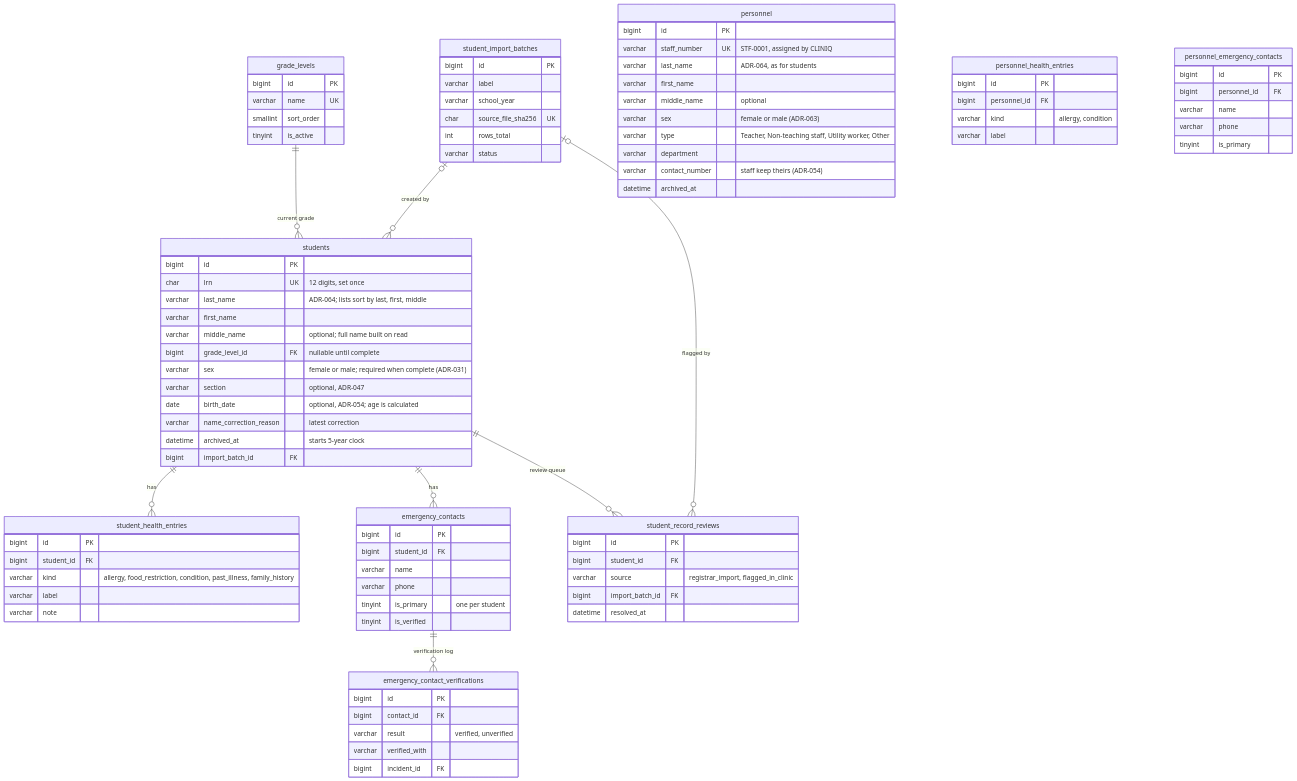
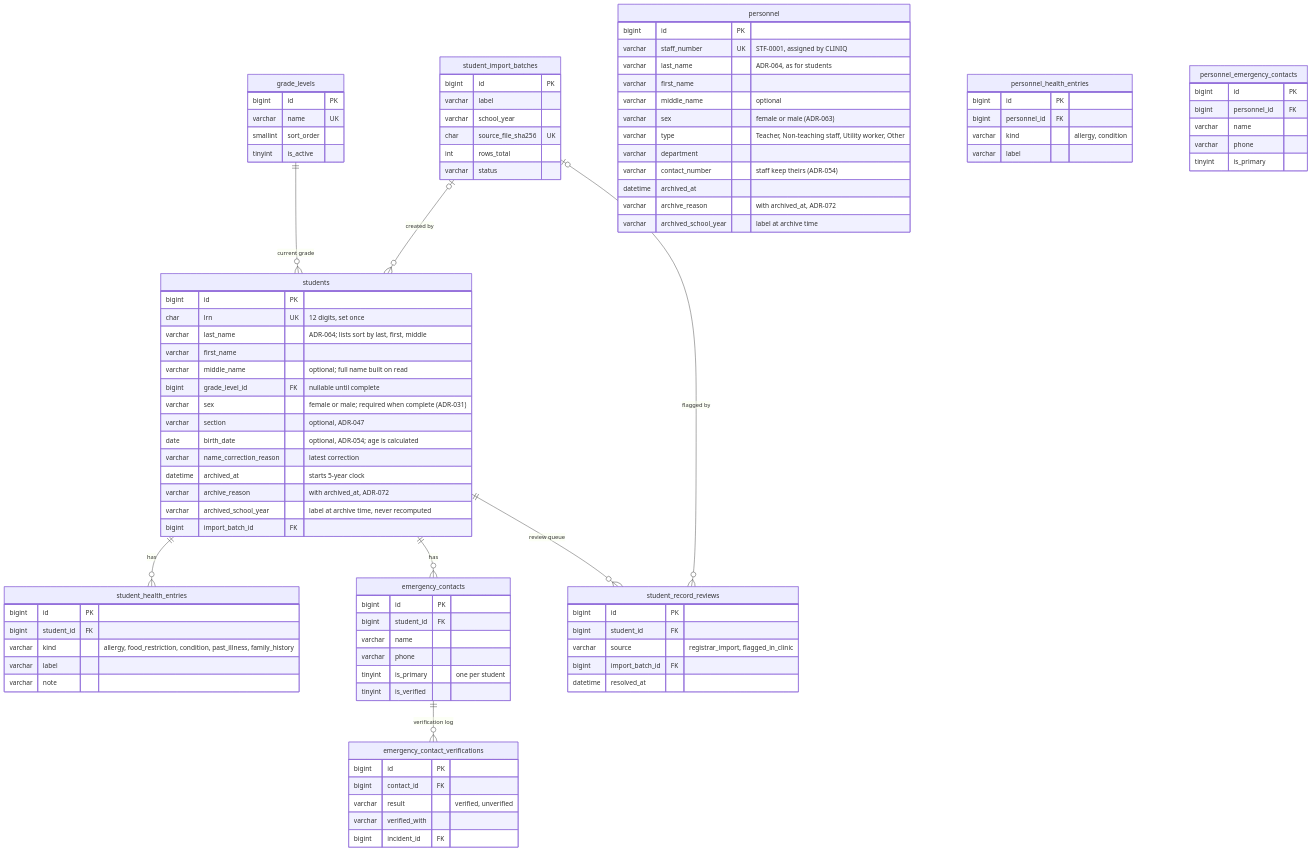
Before and after one commit to zekuuu/cliniq: the second of 6 diagrams in CLINIQ-Knowledge-Base/02-Architecture/Database/ERD.md, drawn with Mermaid. The commit also changed other lines of this file and 4 other files, not shown here.

Commit message:
docs(db): update ERD, data dictionary and overview diagram to 47 tables

```diff
--- a/CLINIQ-Knowledge-Base/02-Architecture/Database/ERD.md
+++ b/CLINIQ-Knowledge-Base/02-Architecture/Database/ERD.md
@@ -192,6 +198,8 @@
         date birth_date "optional, ADR-054; age is calculated"
         varchar name_correction_reason "latest correction"
         datetime archived_at "starts 5-year clock"
+        varchar archive_reason "with archived_at, ADR-072"
+        varchar archived_school_year "label at archive time, never recomputed"
         bigint import_batch_id FK
     }
     personnel {
@@ -205,6 +213,8 @@
         varchar department
         varchar contact_number "staff keep theirs (ADR-054)"
         datetime archived_at
+        varchar archive_reason "with archived_at, ADR-072"
+        varchar archived_school_year "label at archive time"
     }
     personnel_health_entries {
         bigint id PK
```
